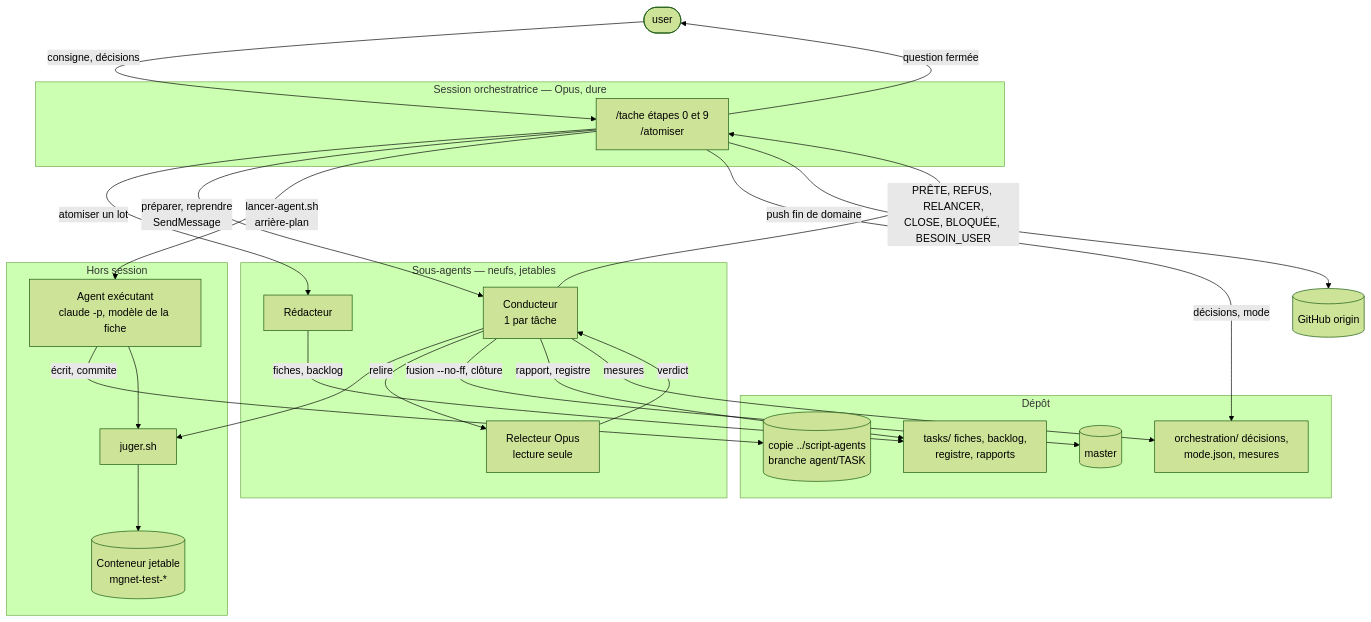
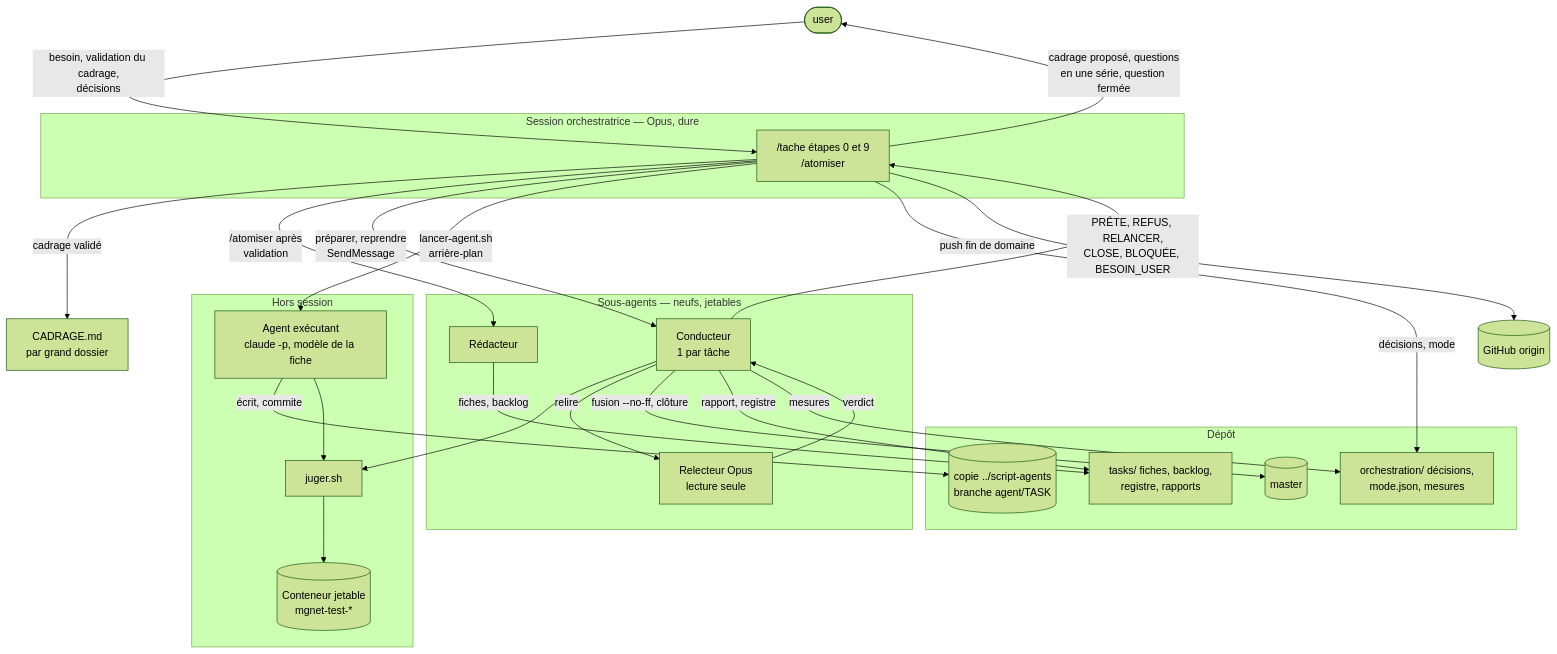
Before and after one commit to MGNetworking/scripts: the first of 4 diagrams in orchestration/architecture.md, drawn with Mermaid (forest theme). The commit also changed other lines of this file and 10 other files, not shown here.

First line of the commit message:
docs(orchestration): décision 49, cadrage par grand dossier et boucle de réflexion

````diff
--- a/orchestration/architecture.md
+++ b/orchestration/architecture.md
@@ -76,43 +77,44 @@
 ```mermaid
 flowchart TB
     U(["user"])
     subgraph Session["Session orchestratrice — Opus, dure"]
         S["/tache étapes 0 et 9<br/>/atomiser"]
     end
     subgraph Sous["Sous-agents — neufs, jetables"]
         R["Rédacteur"]
         C["Conducteur<br/>1 par tâche"]
         L["Relecteur Opus<br/>lecture seule"]
     end
     subgraph Hors["Hors session"]
         A["Agent exécutant<br/>claude -p, modèle de la fiche"]
         J["juger.sh"]
         K[("Conteneur jetable<br/>mgnet-test-*")]
     end
     subgraph Depot["Dépôt"]
         M[("master")]
         W[("copie ../script-agents<br/>branche agent/TASK")]
         F["tasks/ fiches, backlog,<br/>registre, rapports"]
         O["orchestration/ décisions,<br/>mode.json, mesures"]
     end
     G[("GitHub origin")]
 
-    U -- "consigne, décisions" --> S
-    S -- "question fermée" --> U
-    S -- "atomiser un lot" --> R
+    U -- "besoin, validation du cadrage,<br/>décisions" --> S
+    S -- "cadrage proposé, questions<br/>en une série, question fermée" --> U
+    S -- "cadrage validé" --> CA["CADRAGE.md<br/>par grand dossier"]
+    S -- "/atomiser après<br/>validation" --> R
     R -- "fiches, backlog" --> F
     S -- "préparer, reprendre<br/>SendMessage" --> C
     C -- "PRÊTE, REFUS, RELANCER,<br/>CLOSE, BLOQUÉE, BESOIN_USER" --> S
     S -- "lancer-agent.sh<br/>arrière-plan" --> A
     A -- "écrit, commite" --> W
     A --> J
     C --> J
     J --> K
     C -- "relire" --> L
     L -- "verdict" --> C
     C -- "fusion --no-ff, clôture" --> M
     C -- "rapport, registre" --> F
     C -- "mesures" --> O
     S -- "décisions, mode" --> O
     S -- "push fin de domaine" --> G
 ```
````
